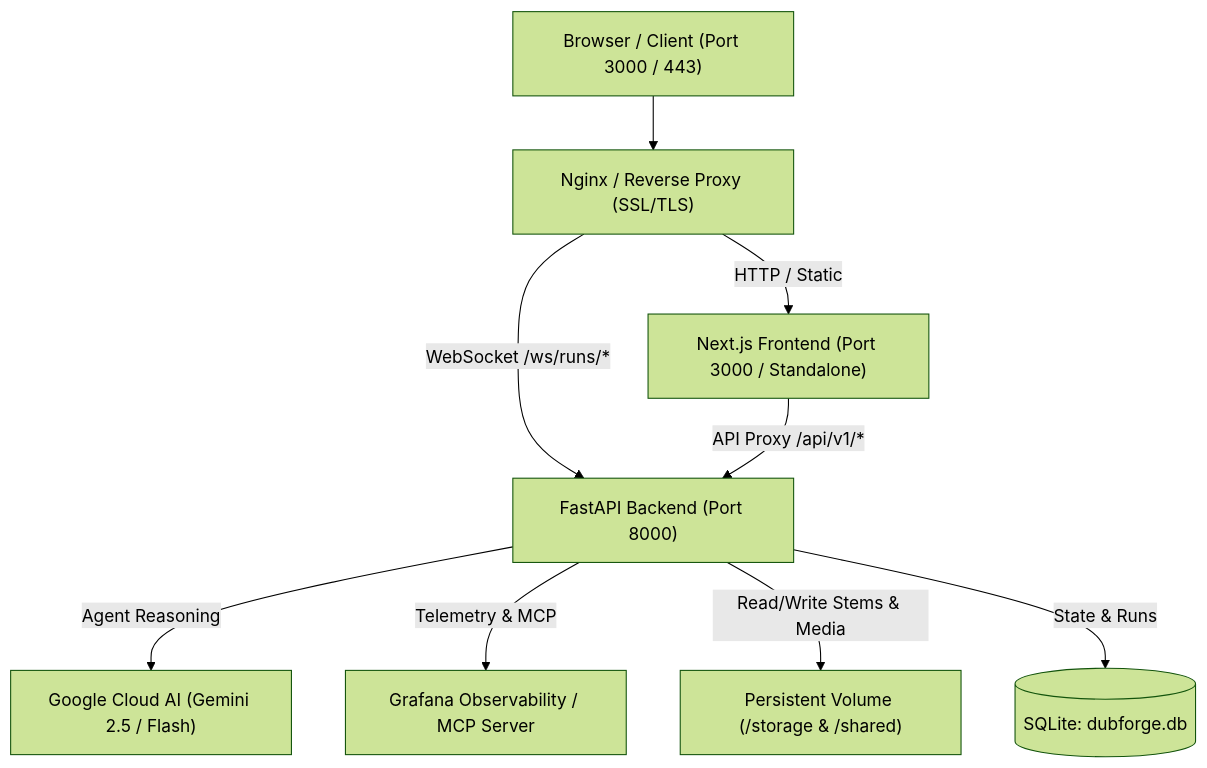
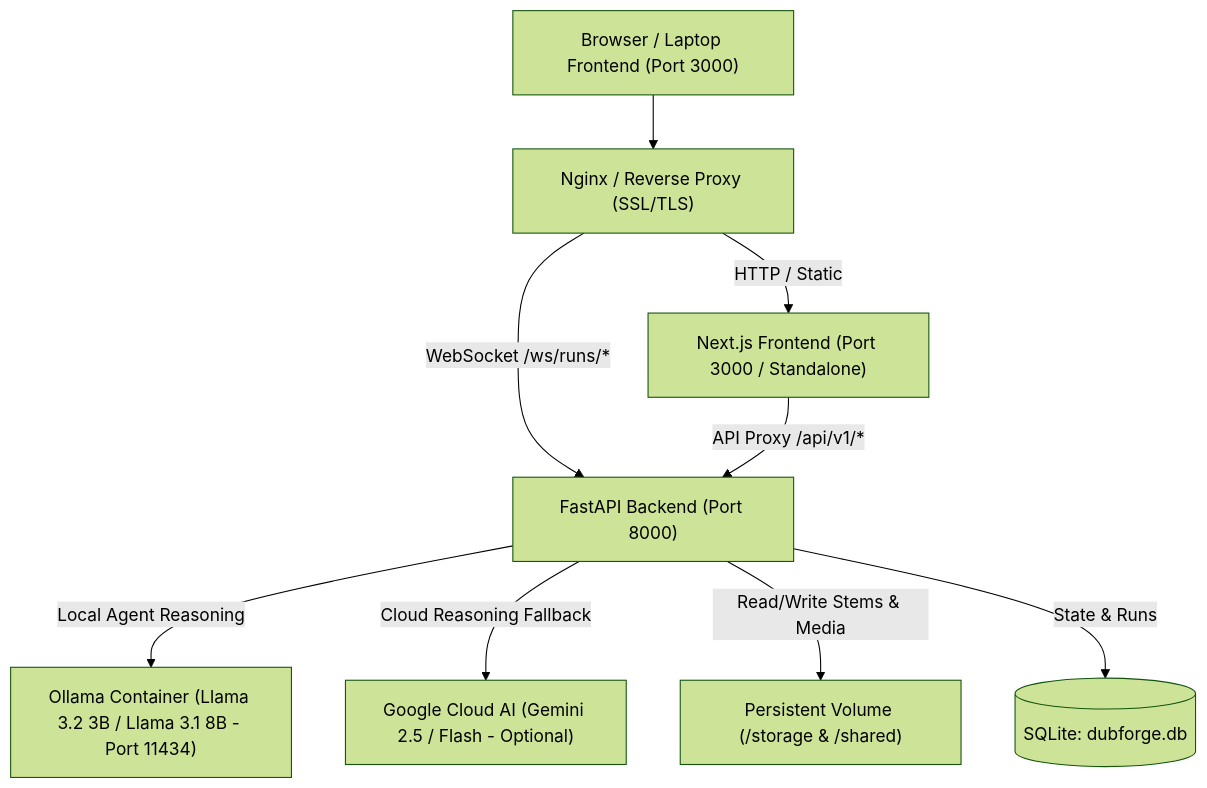
One commit to ritam413/LocalizeAi changed the diagram in DEPLOYMENT.md. Above: the diagram before and after it, drawn with Mermaid (forest theme). The commit also changed other lines of this file and 7 other files, not shown here.

Commit message:
feat(server): add Docker Ollama integration, remote laptop setup guide, and sequential VRAM pipeline

````diff
--- a/DEPLOYMENT.md
+++ b/DEPLOYMENT.md
@@ -9,20 +9,20 @@
 ```mermaid
 graph TD
-    Client["Browser / Client (Port 3000 / 443)"]
+    Client["Browser / Laptop Frontend (Port 3000)"]
     Nginx["Nginx / Reverse Proxy (SSL/TLS)"]
     Frontend["Next.js Frontend (Port 3000 / Standalone)"]
     Backend["FastAPI Backend (Port 8000)"]
-    Gemini["Google Cloud AI (Gemini 2.5 / Flash)"]
-    Grafana["Grafana Observability / MCP Server"]
+    Ollama["Ollama Container (Llama 3.2 3B / Llama 3.1 8B - Port 11434)"]
+    Gemini["Google Cloud AI (Gemini 2.5 / Flash - Optional)"]
     Storage["Persistent Volume (/storage & /shared)"]
     DB[(SQLite: dubforge.db)]
 
     Client --> Nginx
     Nginx -->|HTTP / Static| Frontend
     Nginx -->|WebSocket /ws/runs/*| Backend
     Frontend -->|API Proxy /api/v1/*| Backend
-    Backend -->|Agent Reasoning| Gemini
-    Backend -->|Telemetry & MCP| Grafana
+    Backend -->|Local Agent Reasoning| Ollama
+    Backend -->|Cloud Reasoning Fallback| Gemini
     Backend -->|Read/Write Stems & Media| Storage
     Backend -->|State & Runs| DB
 ```
````
